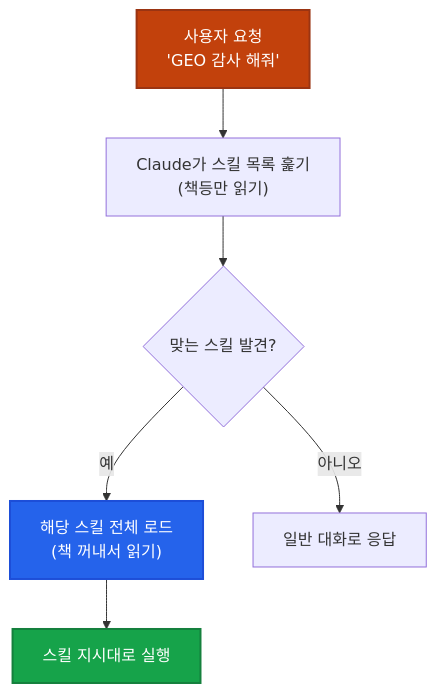
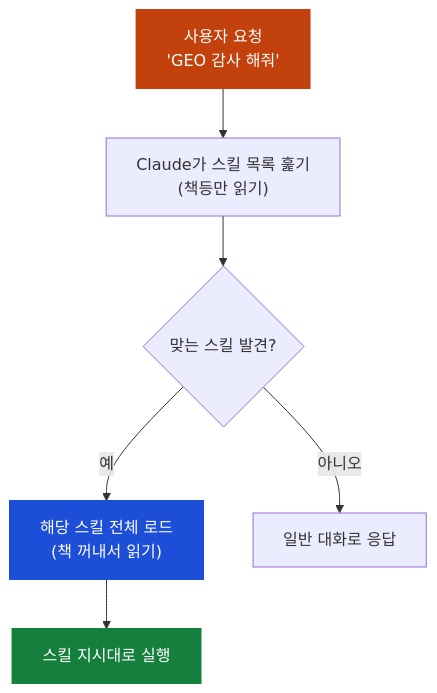
One commit to udawon/udawon-how-to-claude changed the first of 2 diagrams in content/youtube-update/agents-vs-skills-geo-audit.md. Above: the diagram before and after it, drawn with Mermaid. The commit also changed other lines of this file and 23 other files, not shown here.

````diff
--- a/content/youtube-update/agents-vs-skills-geo-audit.md
+++ b/content/youtube-update/agents-vs-skills-geo-audit.md
@@ -96,11 +96,11 @@
 ```mermaid
 graph TB
     A["사용자 요청<br/>'GEO 감사 해줘'"] --> B["Claude가 스킬 목록 훑기<br/>(책등만 읽기)"]
     B --> C{"맞는 스킬 발견?"}
     C -->|예| D["해당 스킬 전체 로드<br/>(책 꺼내서 읽기)"]
     C -->|아니오| E["일반 대화로 응답"]
     D --> F["스킬 지시대로 실행"]
-    style A fill:#c2410c,color:#fff,stroke:#9a3412,stroke-width:2px
-    style D fill:#2563eb,color:#fff,stroke:#1d4ed8,stroke-width:2px
-    style F fill:#16a34a,color:#fff,stroke:#15803d,stroke-width:2px
+    style A fill:#c2410c,color:#fff,stroke:#c2410c,stroke-width:2px
+    style D fill:#1d4ed8,color:#fff,stroke:#1d4ed8,stroke-width:2px
+    style F fill:#15803d,color:#fff,stroke:#15803d,stroke-width:2px
 ```
````
